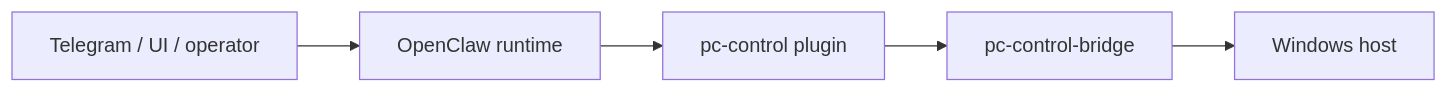
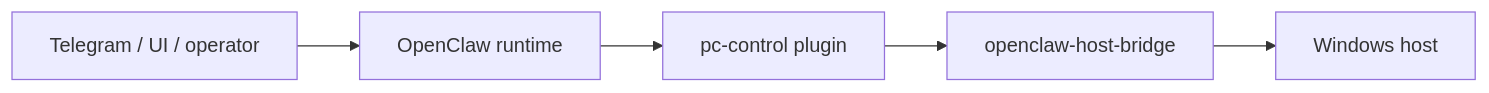
Before and after one commit to mfshaf7/openclaw-host-bridge: the diagram in docs/architecture.md, drawn with Mermaid. The commit also changed other lines of this file and 23 other files, not shown here.

Commit message:
refactor: rename bridge to openclaw-host-bridge

````diff
--- a/docs/architecture.md
+++ b/docs/architecture.md
@@ -9,10 +9,10 @@
 ```mermaid
 flowchart LR
     User[Telegram / UI / operator]
     OpenClaw[OpenClaw runtime]
     Plugin[pc-control plugin]
-    Bridge[pc-control-bridge]
+    Bridge[openclaw-host-bridge]
     Host[Windows host]
 
     User --> OpenClaw --> Plugin --> Bridge --> Host
 ```
````
